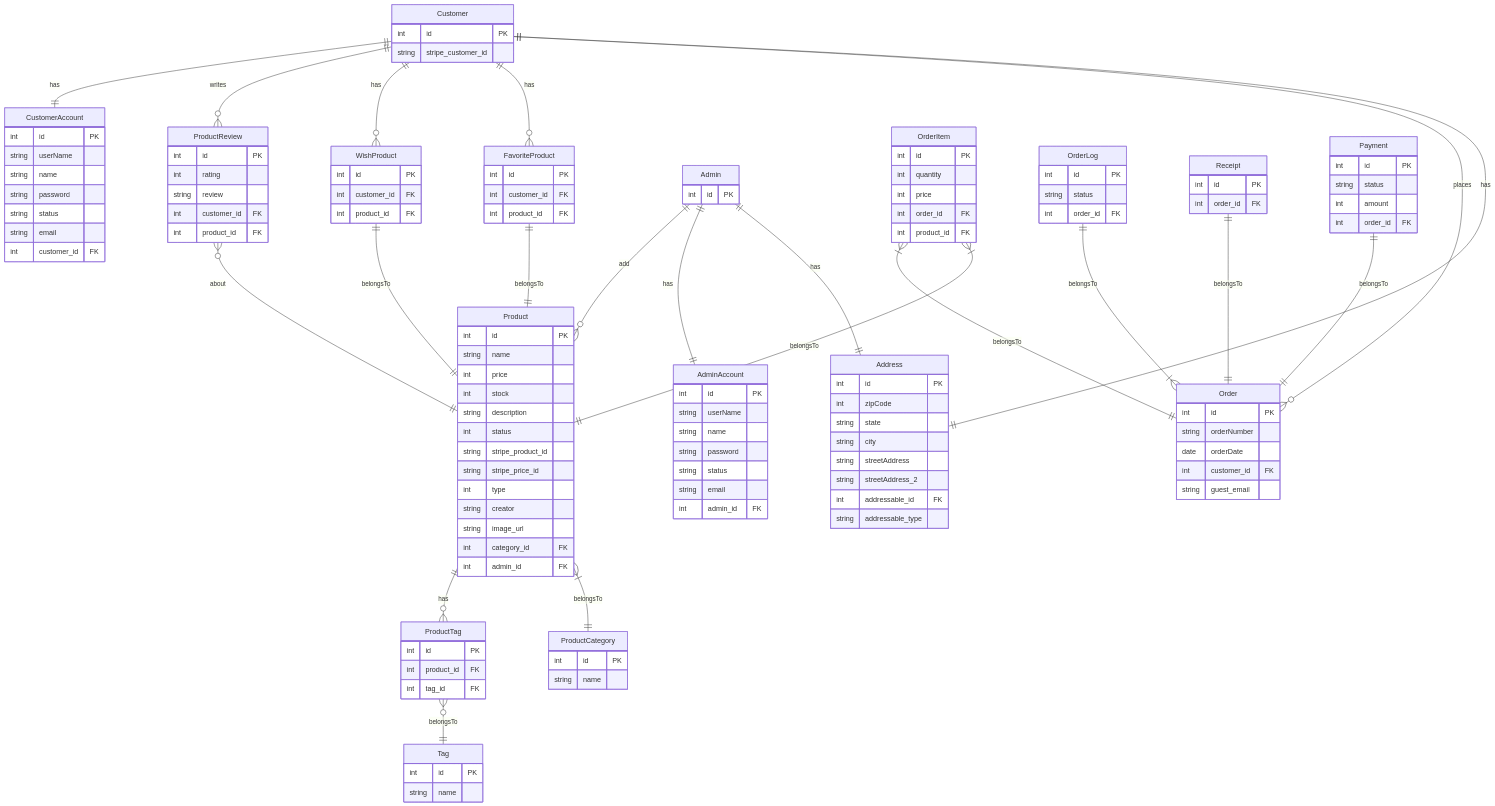
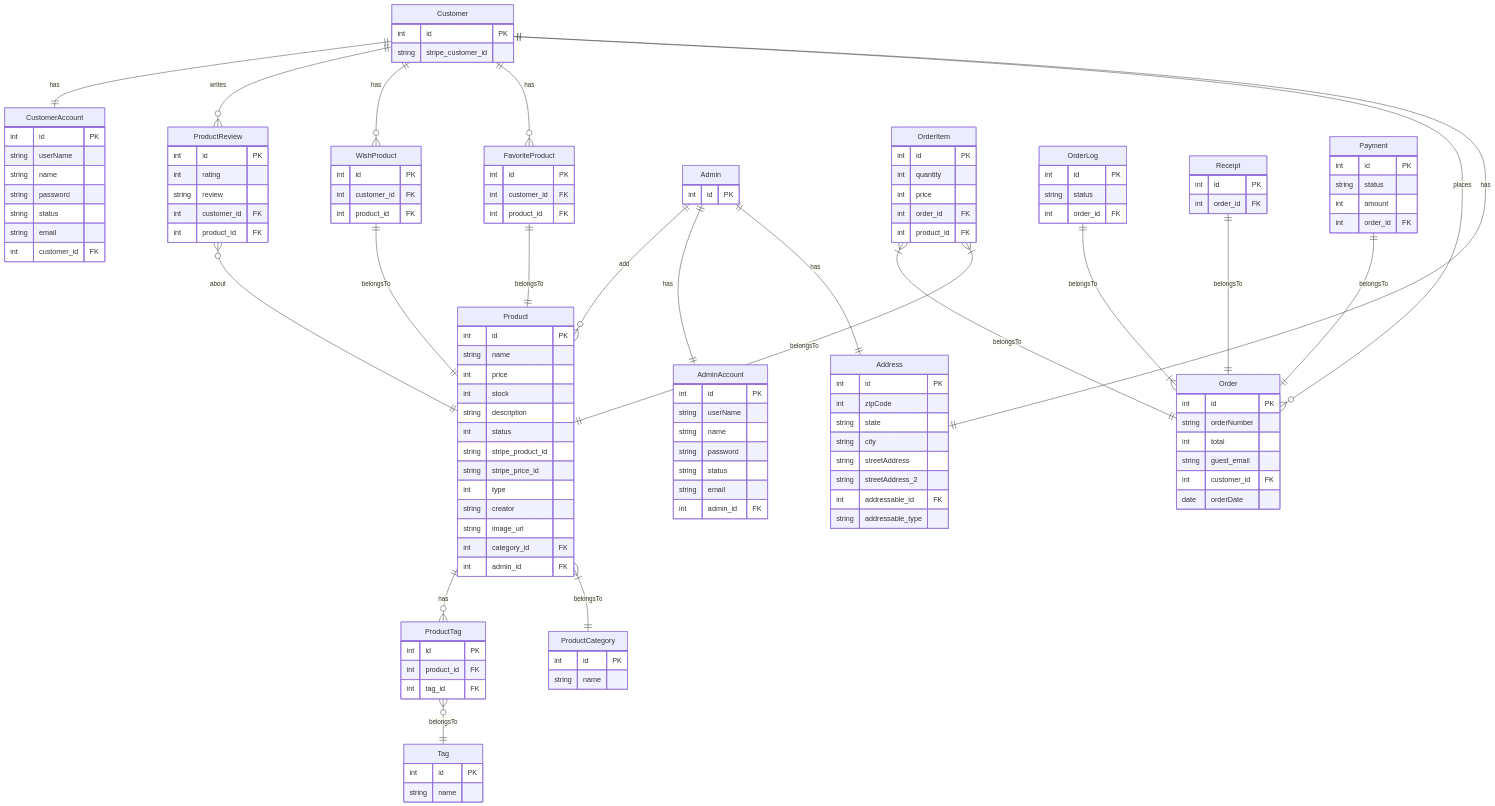
The diagram in er.md (recursion-backend-projects/dev-log), drawn with Mermaid before and after one commit.

Commit message:
Orderテーブルにtotalを追加

```diff
--- a/er.md
+++ b/er.md
@@ -86,9 +86,10 @@
     Order{
         int id PK
         string orderNumber
+        int total
+        string guest_email
+        int customer_id FK
         date orderDate
-        int customer_id FK
-        string guest_email
     }
 
     ProductCategory{
```
